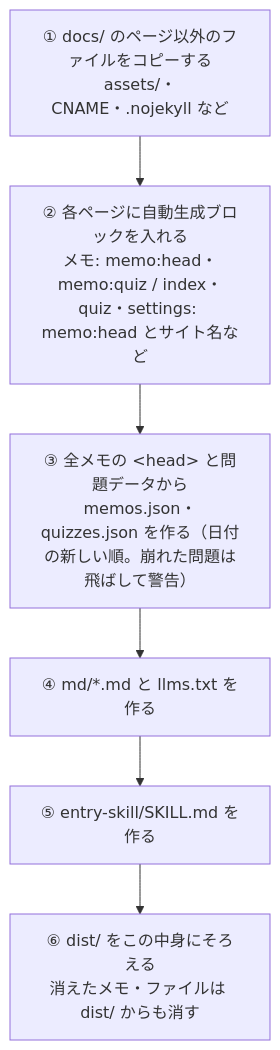
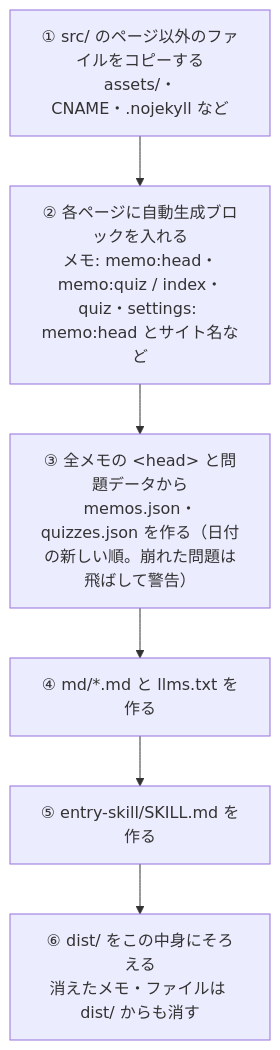
Before and after one commit to taka1156/memo: the fourth of 10 diagrams in memo-detail.md, drawn with Mermaid. The commit also changed other lines of this file and 103 other files, not shown here.

````diff
--- a/memo-detail.md
+++ b/memo-detail.md
@@ -223,10 +223,10 @@
 ```mermaid
 flowchart TB
-  s1["① docs/ のページ以外のファイルをコピーする<br/>assets/・CNAME・.nojekyll など"]
+  s1["① src/ のページ以外のファイルをコピーする<br/>assets/・CNAME・.nojekyll など"]
   s2["② 各ページに自動生成ブロックを入れる<br/>メモ: memo:head・memo:quiz / index・quiz・settings: memo:head とサイト名など"]
   s3["③ 全メモの &lt;head&gt; と問題データから<br/>memos.json・quizzes.json を作る（日付の新しい順。崩れた問題は飛ばして警告）"]
   s4["④ md/*.md と llms.txt を作る"]
   s5["⑤ entry-skill/SKILL.md を作る"]
   s6["⑥ dist/ をこの中身にそろえる<br/>消えたメモ・ファイルは dist/ からも消す"]
   s1 --> s2 --> s3 --> s4 --> s5 --> s6
 ```
````
